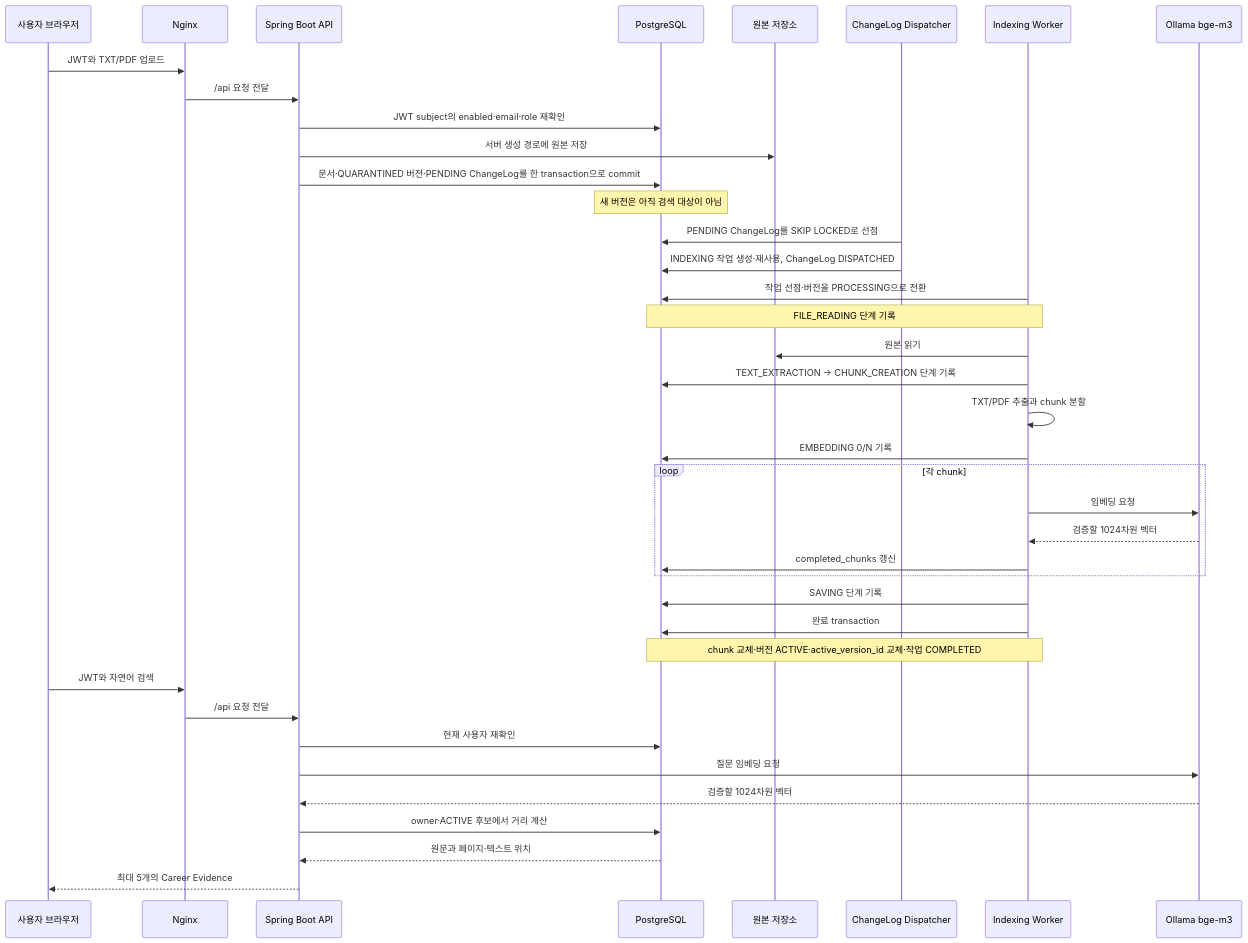
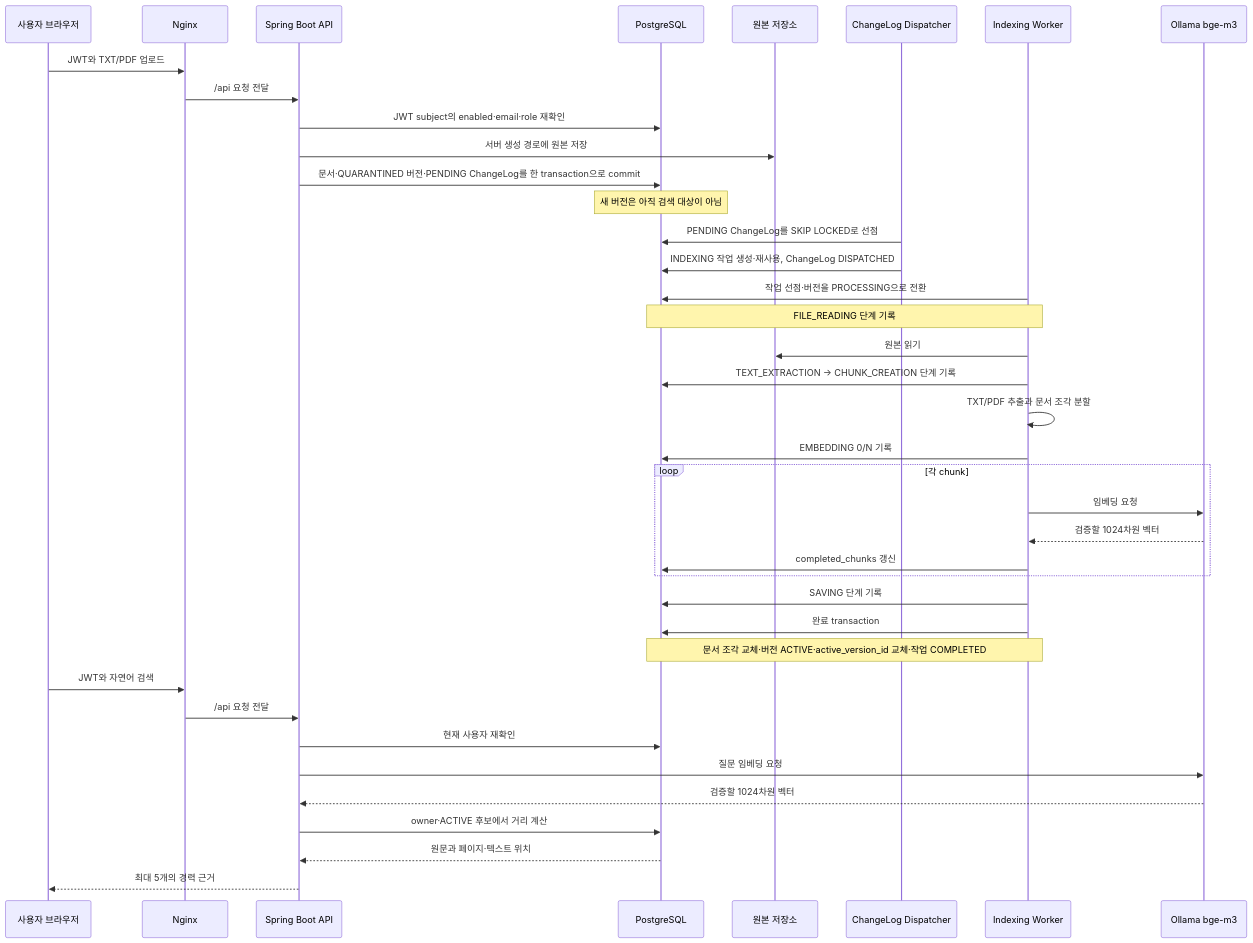
Before and after one commit to jaemin-devlog/PRIZM: the third of 8 diagrams in docs/architecture.md, drawn with Mermaid. The commit also changed other lines of this file and 10 other files, not shown here.

````diff
--- a/docs/architecture.md
+++ b/docs/architecture.md
@@ -164,45 +166,45 @@
 ```mermaid
 sequenceDiagram
     participant U as 사용자 브라우저
     participant N as Nginx
     participant A as Spring Boot API
     participant DB as PostgreSQL
     participant FS as 원본 저장소
     participant D as ChangeLog Dispatcher
     participant W as Indexing Worker
     participant O as Ollama bge-m3
 
     U->>N: JWT와 TXT/PDF 업로드
     N->>A: /api 요청 전달
     A->>DB: JWT subject의 enabled·email·role 재확인
     A->>FS: 서버 생성 경로에 원본 저장
     A->>DB: 문서·QUARANTINED 버전·PENDING ChangeLog를 한 transaction으로 commit
     Note over DB: 새 버전은 아직 검색 대상이 아님
 
     D->>DB: PENDING ChangeLog를 SKIP LOCKED로 선점
     D->>DB: INDEXING 작업 생성·재사용, ChangeLog DISPATCHED
 
     W->>DB: 작업 선점·버전을 PROCESSING으로 전환
     Note over W,DB: FILE_READING 단계 기록
     W->>FS: 원본 읽기
     W->>DB: TEXT_EXTRACTION → CHUNK_CREATION 단계 기록
-    W->>W: TXT/PDF 추출과 chunk 분할
+    W->>W: TXT/PDF 추출과 문서 조각 분할
     W->>DB: EMBEDDING 0/N 기록
     loop 각 chunk
         W->>O: 임베딩 요청
         O-->>W: 검증할 1024차원 벡터
         W->>DB: completed_chunks 갱신
     end
     W->>DB: SAVING 단계 기록
     W->>DB: 완료 transaction
-    Note over W,DB: chunk 교체·버전 ACTIVE·active_version_id 교체·작업 COMPLETED
+    Note over W,DB: 문서 조각 교체·버전 ACTIVE·active_version_id 교체·작업 COMPLETED
 
     U->>N: JWT와 자연어 검색
     N->>A: /api 요청 전달
     A->>DB: 현재 사용자 재확인
     A->>O: 질문 임베딩 요청
     O-->>A: 검증할 1024차원 벡터
     A->>DB: owner·ACTIVE 후보에서 거리 계산
     DB-->>A: 원문과 페이지·텍스트 위치
-    A-->>U: 최대 5개의 Career Evidence
+    A-->>U: 최대 5개의 경력 근거
 ```
````
